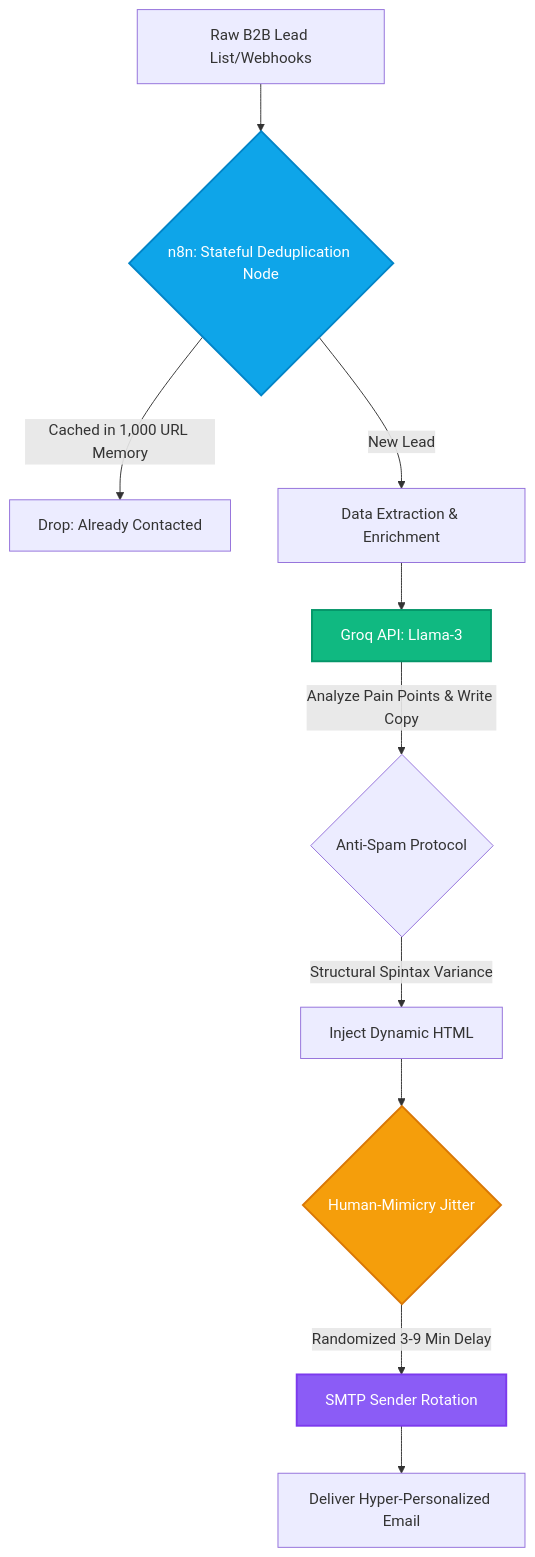
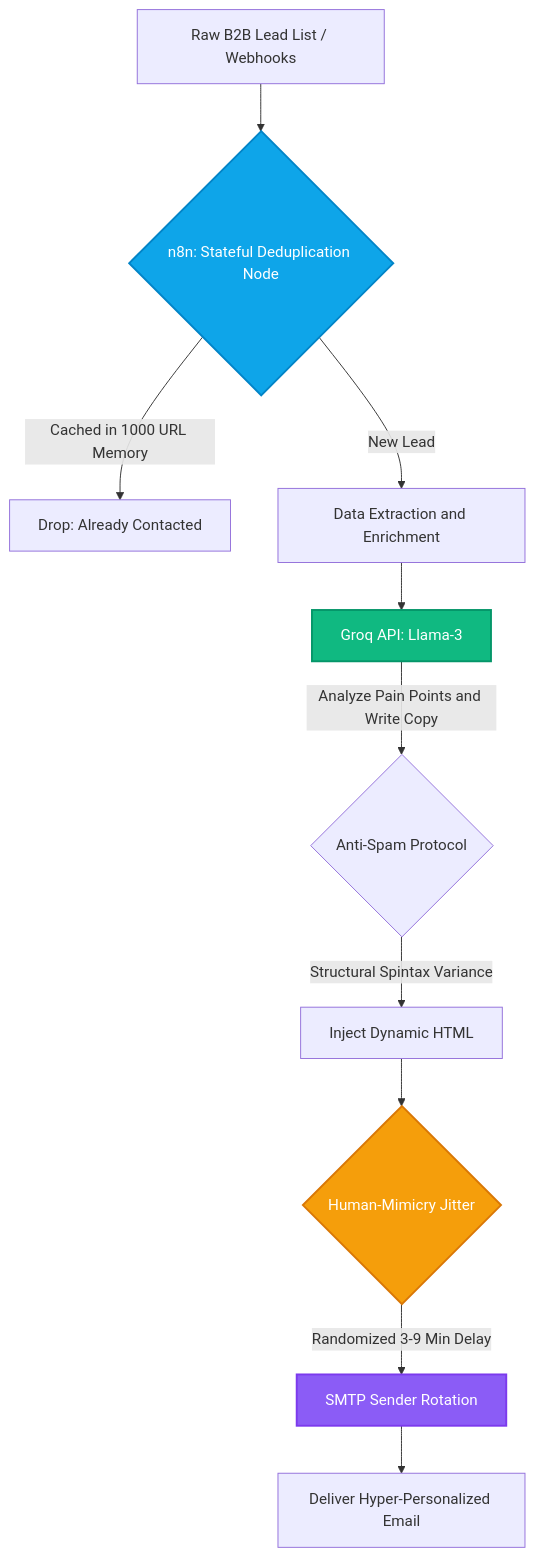
Before and after one commit to alirosyid/stateful-abm-engine: the diagram in README.md, drawn with Mermaid. The commit also changed other lines of this file, not shown here.

````diff
--- a/README.md
+++ b/README.md
@@ -13,17 +13,17 @@
 ```mermaid
 graph TD
-    A[Raw B2B Lead List/Webhooks] --> B{n8n: Stateful Deduplication Node}
-    B -->|Cached in 1,000 URL Memory| Z[Drop: Already Contacted]
-    B -->|New Lead| C[Data Extraction & Enrichment]
+    A[Raw B2B Lead List / Webhooks] --> B{n8n: Stateful Deduplication Node}
+    B -->|Cached in 1000 URL Memory| Z[Drop: Already Contacted]
+    B -->|New Lead| C[Data Extraction and Enrichment]
     C --> D[Groq API: Llama-3]
-    D -->|Analyze Pain Points & Write Copy| E{Anti-Spam Protocol}
+    D -->|Analyze Pain Points and Write Copy| E{Anti-Spam Protocol}
     E -->|Structural Spintax Variance| F[Inject Dynamic HTML]
     F --> G{Human-Mimicry Jitter}
     G -->|Randomized 3-9 Min Delay| H[SMTP Sender Rotation]
     H --> I[Deliver Hyper-Personalized Email]
     
     style B fill:#0ea5e9,stroke:#0284c7,stroke-width:2px,color:#fff
     style D fill:#10b981,stroke:#059669,stroke-width:2px,color:#fff
     style G fill:#f59e0b,stroke:#d97706,stroke-width:2px,color:#fff
     style H fill:#8b5cf6,stroke:#7c3aed,stroke-width:2px,color:#fff
 ```
````
